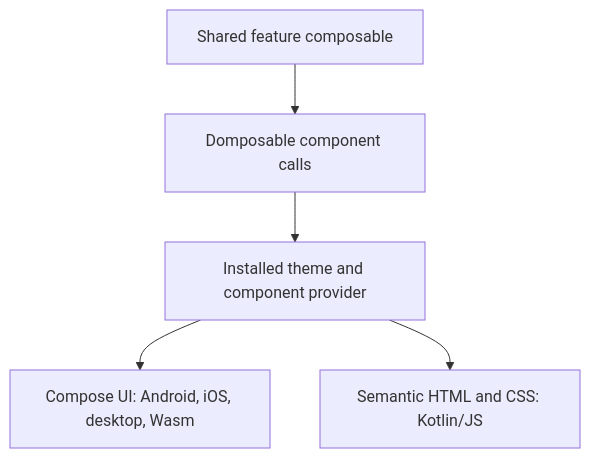
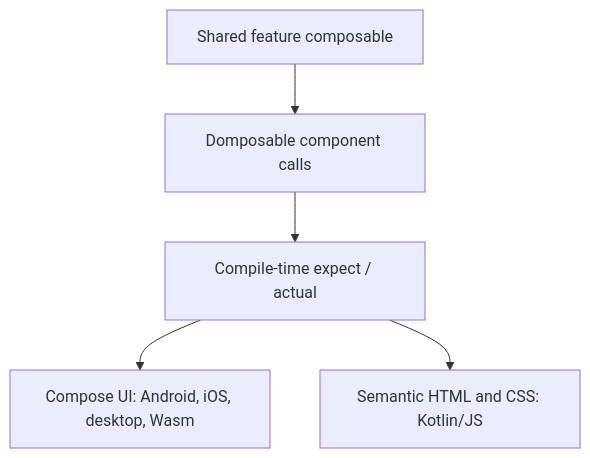
The diagram in README.md (samuolis/domposable), drawn with Mermaid before and after one commit. The commit also changed other lines of this file and 250 other files, not shown here.

First line of the commit message:
Render built-in components directly and remove provider setup (#95)

````diff
--- a/README.md
+++ b/README.md
@@ -107,7 +107,7 @@
 ```mermaid
 flowchart TB
     Feature[Shared feature composable] --> Components[Domposable component calls]
-    Components --> Provider[Installed theme and component provider]
-    Provider --> Native[Compose UI: Android, iOS, desktop, Wasm]
-    Provider --> HTML[Semantic HTML and CSS: Kotlin/JS]
+    Components --> Platform[Compile-time expect / actual]
+    Platform --> Native[Compose UI: Android, iOS, desktop, Wasm]
+    Platform --> HTML[Semantic HTML and CSS: Kotlin/JS]
 ```
````
